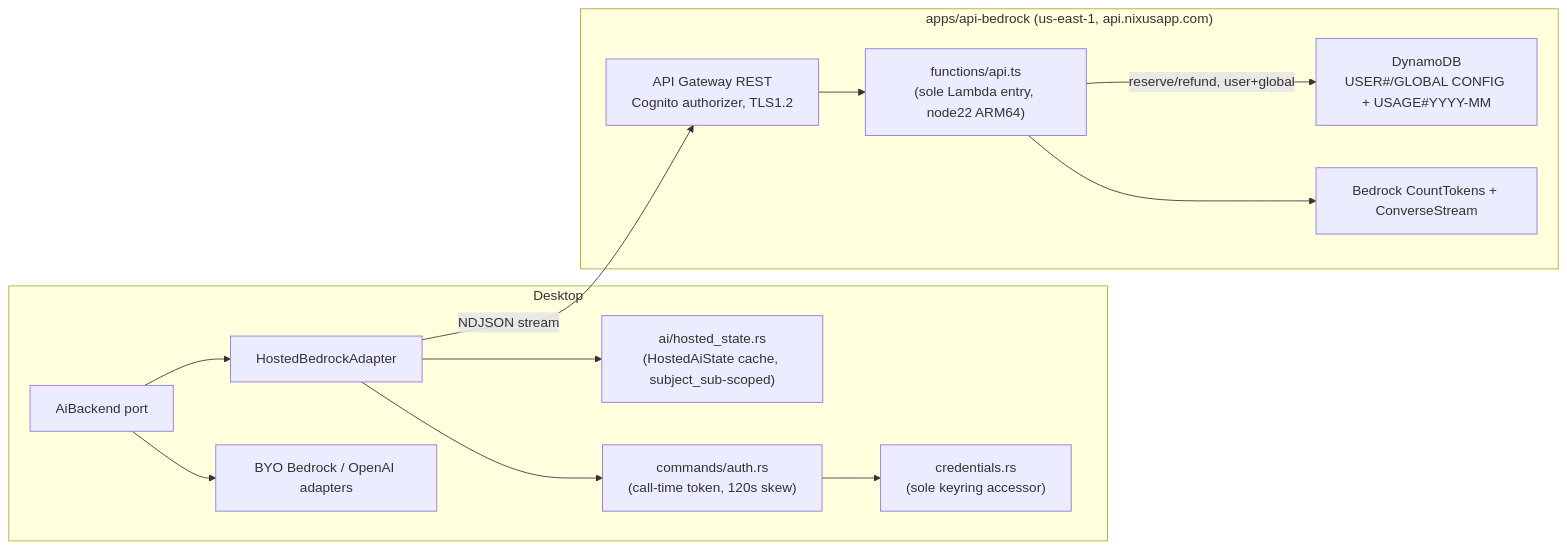
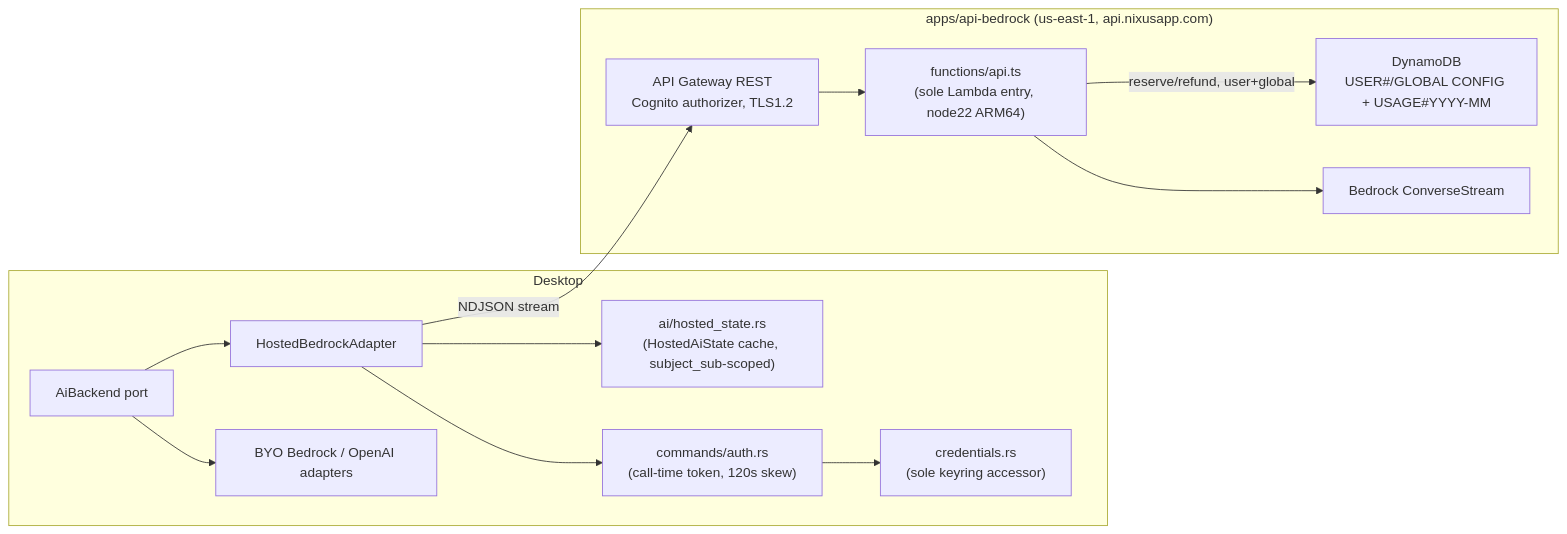
Before and after one commit to nickbazinet/nixus: the first of 2 diagrams in _bmad-output/planning-artifacts/architecture/architecture-nixus-2026-08-25/ARCHITECTURE-SPINE.md, drawn with Mermaid. The commit also changed other lines of this file and 1 other file, not shown here.

First line of the commit message:
docs(cloud): amend request-based architecture

````diff
--- a/_bmad-output/planning-artifacts/architecture/architecture-nixus-2026-08-25/ARCHITECTURE-SPINE.md
+++ b/_bmad-output/planning-artifacts/architecture/architecture-nixus-2026-08-25/ARCHITECTURE-SPINE.md
@@ -143,24 +143,24 @@
 ```mermaid
 flowchart LR
   subgraph Desktop
     AiBackend["AiBackend port"]
     Hosted["HostedBedrockAdapter"]
     State["ai/hosted_state.rs\n(HostedAiState cache, subject_sub-scoped)"]
     BYO["BYO Bedrock / OpenAI adapters"]
     Auth["commands/auth.rs\n(call-time token, 120s skew)"]
     Cred["credentials.rs\n(sole keyring accessor)"]
   end
   subgraph Cloud["apps/api-bedrock (us-east-1, api.nixusapp.com)"]
     APIGW["API Gateway REST\nCognito authorizer, TLS1.2"]
     Fn["functions/api.ts\n(sole Lambda entry, node22 ARM64)"]
     Ddb["DynamoDB\nUSER#/GLOBAL CONFIG + USAGE#YYYY-MM"]
-    Bedrock["Bedrock CountTokens + ConverseStream"]
+    Bedrock["Bedrock ConverseStream"]
   end
   AiBackend --> Hosted
   AiBackend --> BYO
   Hosted --> State
   Hosted --> Auth --> Cred
   Hosted -->|NDJSON stream| APIGW --> Fn
   Fn -->|reserve/refund, user+global| Ddb
   Fn --> Bedrock
 ```
````
